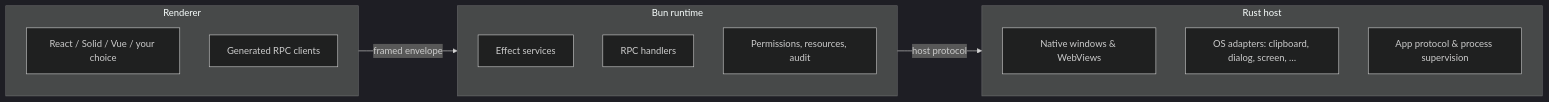
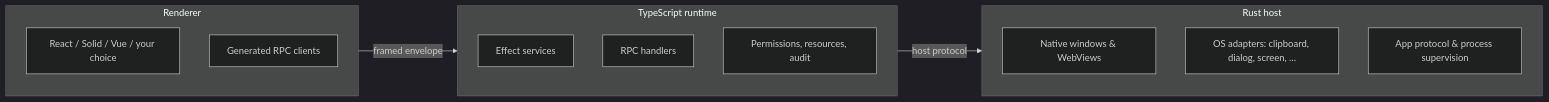
The diagram in docs/explanation/architecture.md (Rika-Labs/effect-desktop), drawn with Mermaid (dark theme) before and after one commit. The commit also changed other lines of this file and 21 other files, not shown here.

````diff
--- a/docs/explanation/architecture.md
+++ b/docs/explanation/architecture.md
@@ -15,22 +15,22 @@
 ```mermaid
 flowchart LR
   subgraph host[Rust host]
     direction TB
     H1[Native windows & WebViews]
     H2[OS adapters: clipboard, dialog, screen, …]
     H3[App protocol & process supervision]
   end
-  subgraph runtime[Bun runtime]
+  subgraph runtime[TypeScript runtime]
     direction TB
     R1[Effect services]
     R2[RPC handlers]
     R3[Permissions, resources, audit]
   end
   subgraph renderer[Renderer]
     direction TB
     UI1[React / Solid / Vue / your choice]
     UI2[Generated RPC clients]
   end
   renderer -- "framed envelope" --> runtime
   runtime -- "host protocol" --> host
 ```
````
